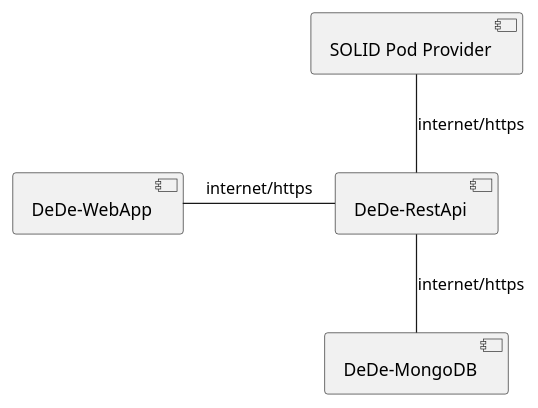
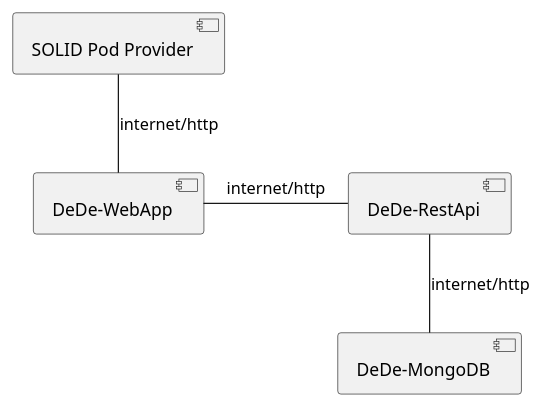
Before and after one commit to Arquisoft/dede_es4b: the second of 2 diagrams in docs/03_system_scope_and_context.adoc, drawn with PlantUML. The commit also changed other lines of this file, not shown here.

Commit message:
Actualizado 3.2

```diff
--- a/docs/03_system_scope_and_context.adoc
+++ b/docs/03_system_scope_and_context.adoc
@@ -41,13 +41,13 @@
 [plantuml,"Technical Context",png]
 ----
 
 [DeDe-WebApp] as app
 [SOLID Pod Provider] as pod
 [DeDe-RestApi] as api
 [DeDe-MongoDB] as db
 
-app -right- api : internet/https
-api -up- pod : internet/https
-api -down- db: internet/https
+app -right- api : internet/http
+pod -down- app : internet/http
+api -down- db: internet/http
 
 ----
```
